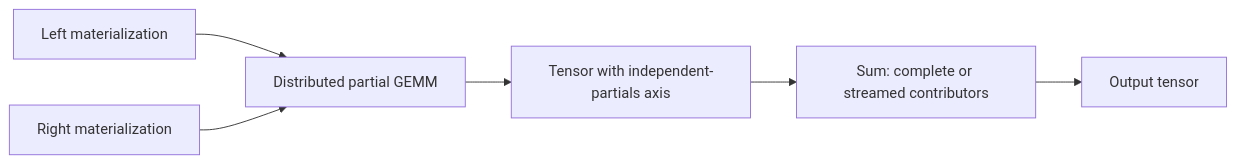
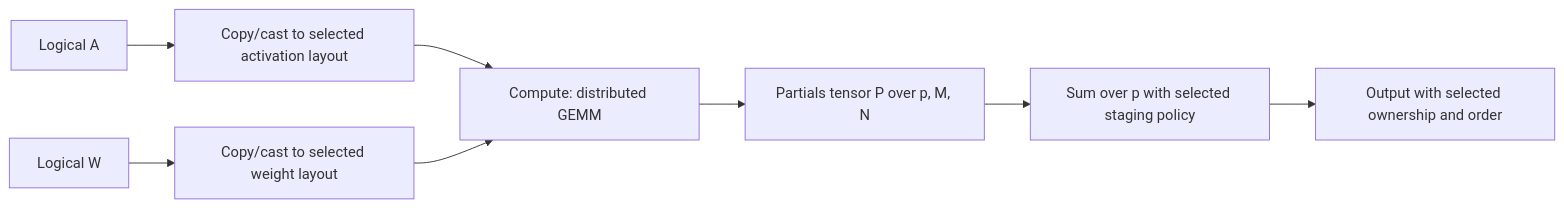
The second of 3 diagrams in docs/COMPILER_DATA_FLOW.md (osmarks/ipu-stack), drawn with Mermaid before and after one commit. The commit also changed other lines of this file and 2 other files, not shown here.

````diff
--- a/docs/COMPILER_DATA_FLOW.md
+++ b/docs/COMPILER_DATA_FLOW.md
@@ -70,8 +80,10 @@
 ```mermaid
 flowchart LR
-  L[Left materialization] --> GEMM[Distributed partial GEMM]
-  R[Right materialization] --> GEMM
-  GEMM --> P[Tensor with independent-partials axis]
-  P --> SUM[Sum: complete or streamed contributors]
-  SUM --> O[Output tensor]
+  A[Logical A] --> CA[Copy/cast to selected activation layout]
+  W[Logical W] --> CW[Copy/cast to selected weight layout]
+  CA --> G[Compute: distributed GEMM]
+  CW --> G
+  G --> P[Partials tensor P over p, M, N]
+  P --> S[Sum over p with selected staging policy]
+  S --> Y[Output with selected ownership and order]
 ```
````
